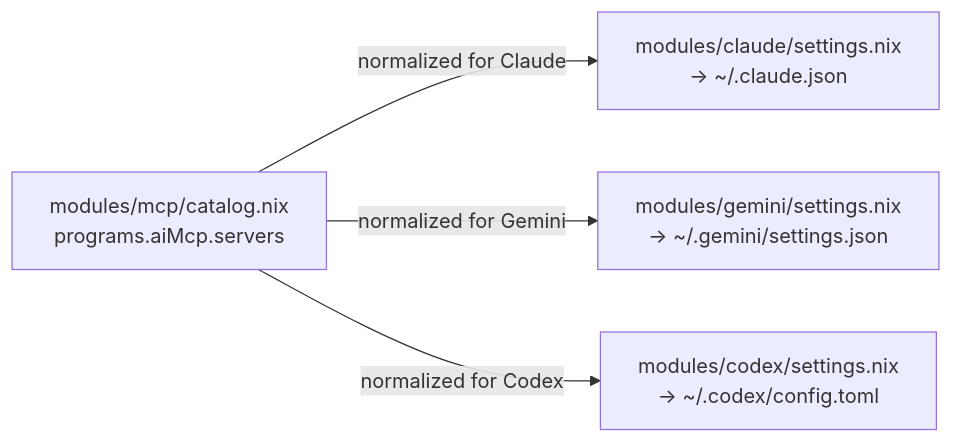
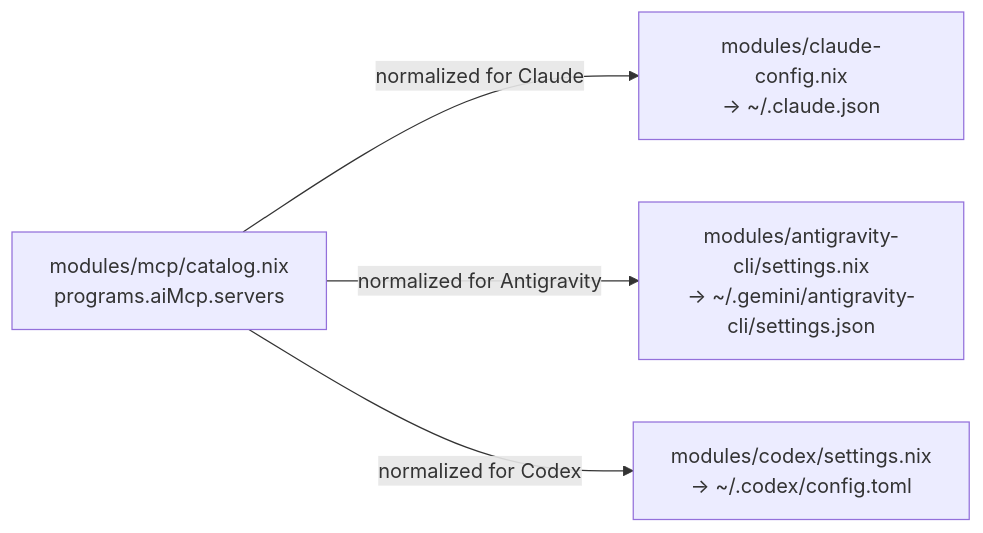
The second of 4 diagrams in docs/architecture/system-integration-map.md (dryvist/nix-ai), drawn with Mermaid before and after one commit. The commit also changed other lines of this file and 13 other files, not shown here.

````diff
--- a/docs/architecture/system-integration-map.md
+++ b/docs/architecture/system-integration-map.md
@@ -87,8 +87,8 @@
 ```mermaid
 graph LR
     MCPCAT["modules/mcp/catalog.nix\nprograms.aiMcp.servers"]
 
-    MCPCAT -->|normalized for Claude| CSETTINGS["modules/claude/settings.nix\n→ ~/.claude.json"]
-    MCPCAT -->|normalized for Gemini| GSETTINGS["modules/gemini/settings.nix\n→ ~/.gemini/settings.json"]
+    MCPCAT -->|normalized for Claude| CSETTINGS["modules/claude-config.nix\n→ ~/.claude.json"]
+    MCPCAT -->|normalized for Antigravity| GSETTINGS["modules/antigravity-cli/settings.nix\n→ ~/.gemini/antigravity-cli/settings.json"]
     MCPCAT -->|normalized for Codex| DSETTINGS["modules/codex/settings.nix\n→ ~/.codex/config.toml"]
 ```
````
